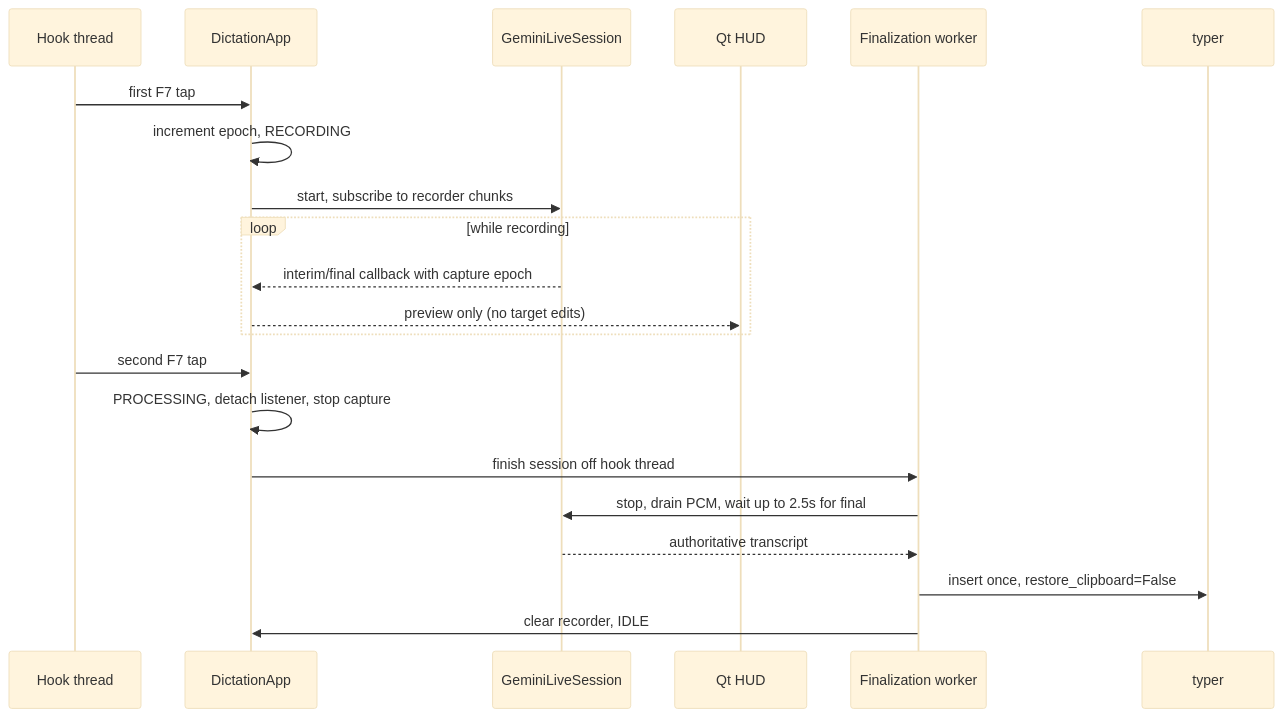
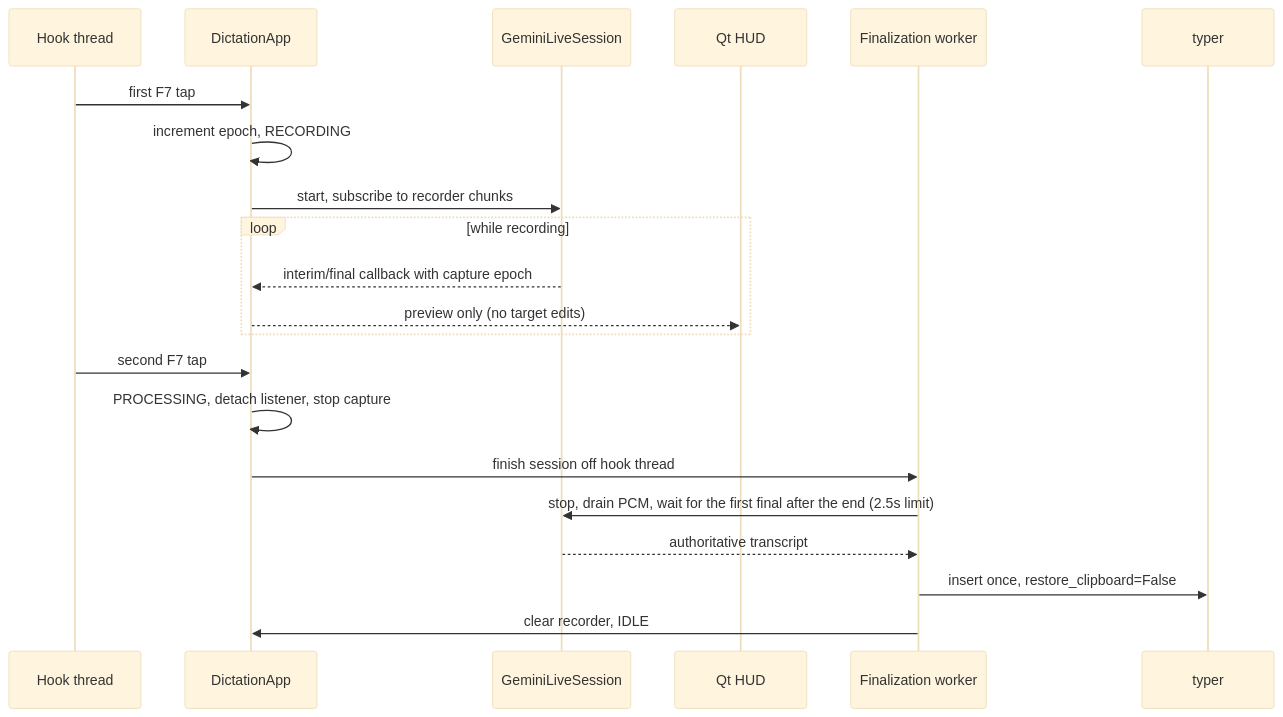
One commit to Gargeya-Grey/Odicto changed the fourth of 7 diagrams in docs/architecture.md. Above: the diagram before and after it, drawn with Mermaid (base theme). The commit also changed 9 other files, not shown here.

First line of the commit message:
F7: return at the first final, clearer captions, show a rejected key

````diff
--- a/docs/architecture.md
+++ b/docs/architecture.md
@@ -397,23 +397,23 @@
 ```mermaid
 sequenceDiagram
     participant Hook as Hook thread
     participant App as DictationApp
     participant Sess as GeminiLiveSession
     participant HUD as Qt HUD
     participant Pipe as Finalization worker
     participant Typ as typer
     Hook->>App: first F7 tap
     App->>App: increment epoch, RECORDING
     App->>Sess: start, subscribe to recorder chunks
     loop while recording
         Sess-->>App: interim/final callback with capture epoch
         App-->>HUD: preview only (no target edits)
     end
     Hook->>App: second F7 tap
     App->>App: PROCESSING, detach listener, stop capture
     App->>Pipe: finish session off hook thread
-    Pipe->>Sess: stop, drain PCM, wait up to 2.5s for final
+    Pipe->>Sess: stop, drain PCM, wait for the first final after the end (2.5s limit)
     Sess-->>Pipe: authoritative transcript
     Pipe->>Typ: insert once, restore_clipboard=False
     Pipe->>App: clear recorder, IDLE
 ```
````
